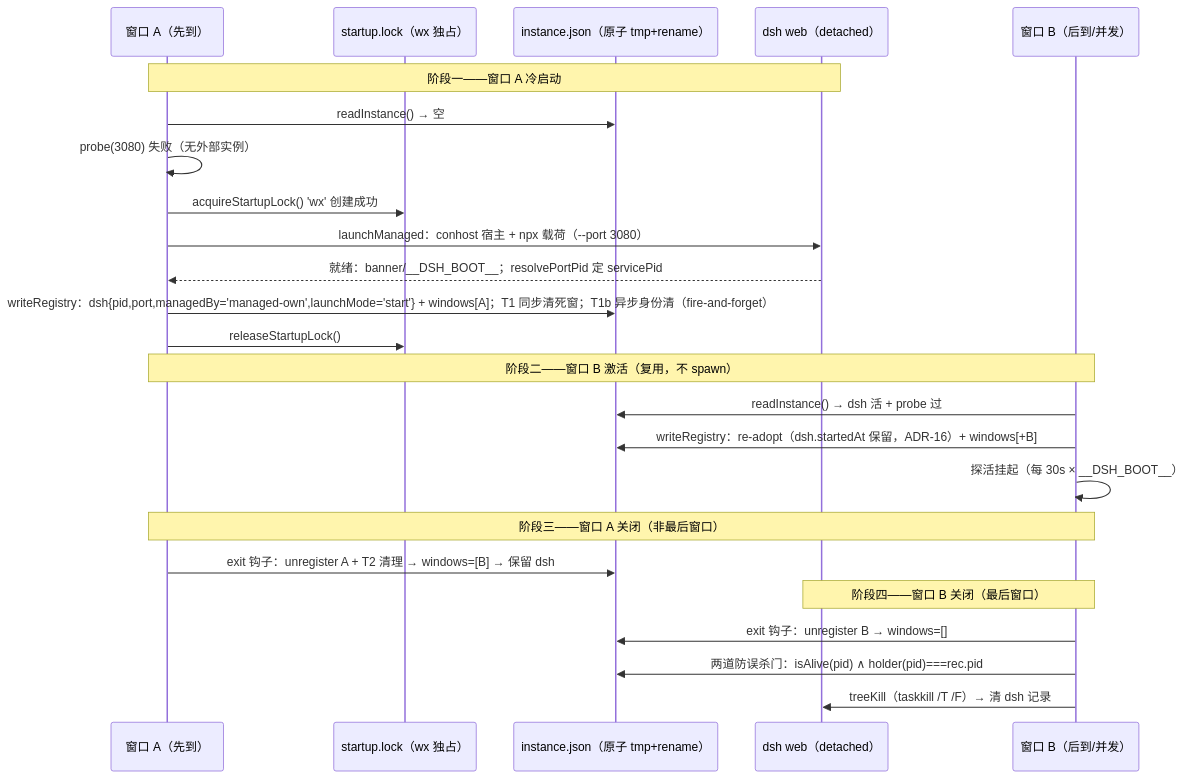
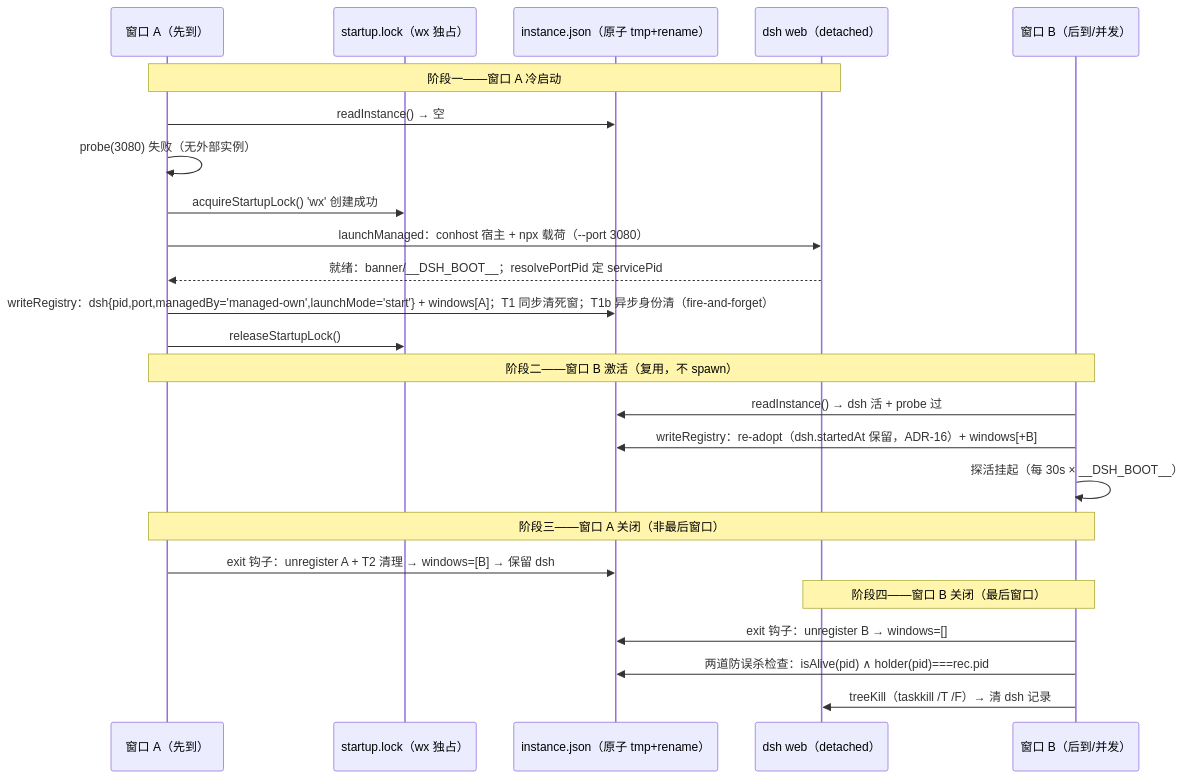
The fourth of 4 diagrams in docs/架构设计报告.md (baikangwang/dsh-vscode-agent), drawn with Mermaid before and after one commit. The commit also changed other lines of this file and 19 other files, not shown here.

````diff
--- a/docs/架构设计报告.md
+++ b/docs/架构设计报告.md
@@ -211,30 +211,30 @@
 ```mermaid
 sequenceDiagram
     participant WA as 窗口 A（先到）
     participant Lock as startup.lock（wx 独占）
     participant Reg as instance.json（原子 tmp+rename）
     participant DSH as dsh web（detached）
     participant WB as 窗口 B（后到/并发）
 
     Note over WA,DSH: 阶段一——窗口 A 冷启动
     WA->>Reg: readInstance() → 空
     WA->>WA: probe(3080) 失败（无外部实例）
     WA->>Lock: acquireStartupLock() 'wx' 创建成功
     WA->>DSH: launchManaged：conhost 宿主 + npx 载荷（--port 3080）
     DSH-->>WA: 就绪：banner/__DSH_BOOT__；resolvePortPid 定 servicePid
     WA->>Reg: writeRegistry：dsh{pid,port,managedBy='managed-own',launchMode='start'} + windows[A]；T1 同步清死窗；T1b 异步身份清（fire-and-forget）
     WA->>Lock: releaseStartupLock()
 
     Note over WA,WB: 阶段二——窗口 B 激活（复用，不 spawn）
     WB->>Reg: readInstance() → dsh 活 + probe 过
     WB->>Reg: writeRegistry：re-adopt（dsh.startedAt 保留，ADR-16）+ windows[+B]
     WB->>WB: 探活挂起（每 30s × __DSH_BOOT__）
 
     Note over WA,WB: 阶段三——窗口 A 关闭（非最后窗口）
     WA->>Reg: exit 钩子：unregister A + T2 清理 → windows=[B] → 保留 dsh
 
     Note over WB,DSH: 阶段四——窗口 B 关闭（最后窗口）
     WB->>Reg: exit 钩子：unregister B → windows=[] 
-    WB->>Reg: 两道防误杀门：isAlive(pid) ∧ holder(pid)===rec.pid
+    WB->>Reg: 两道防误杀检查：isAlive(pid) ∧ holder(pid)===rec.pid
     WB->>DSH: treeKill（taskkill /T /F）→ 清 dsh 记录
 ```
````
